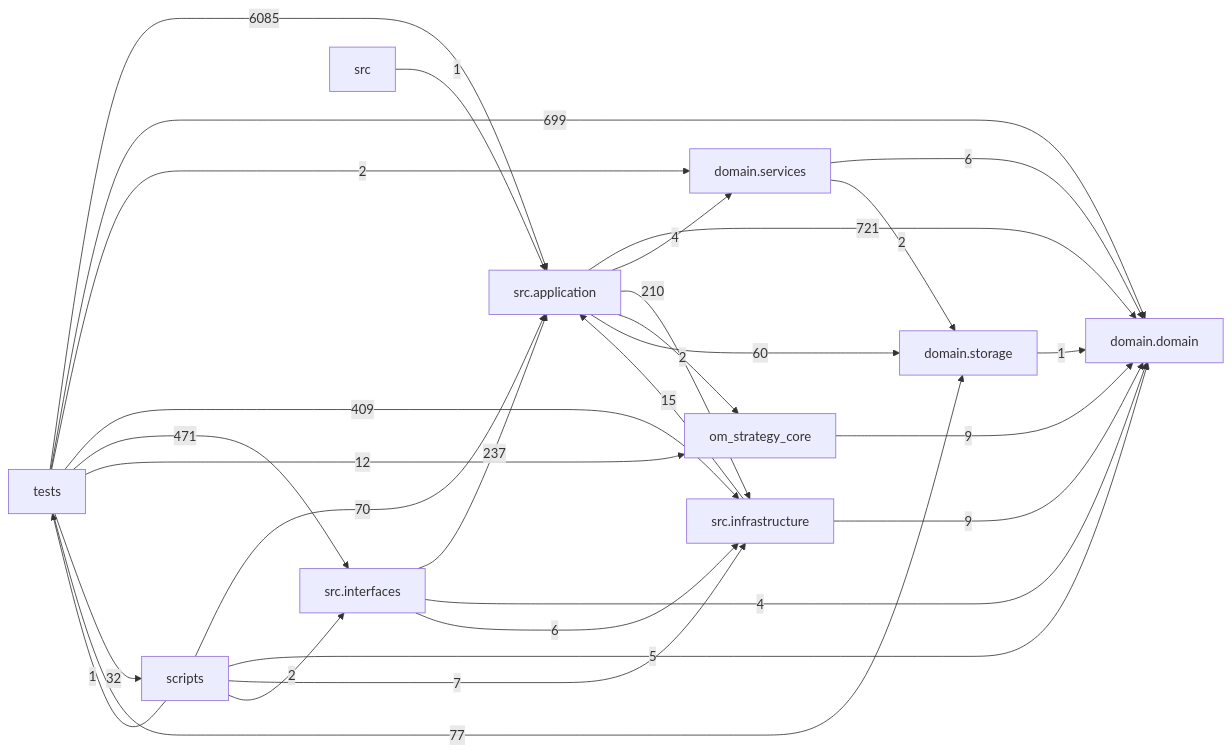
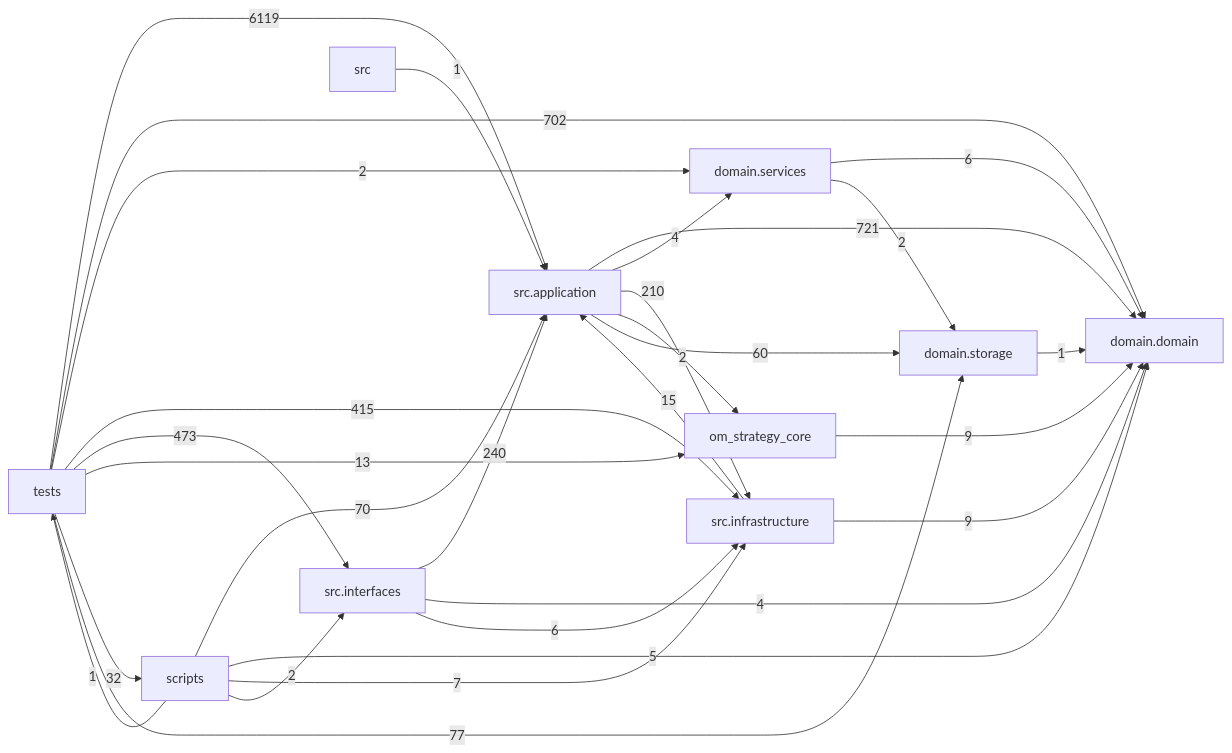
One commit to liuxie066/options-monitor changed the diagram in docs/DEPENDENCY_GRAPH.md. Above: the diagram before and after it, drawn with Mermaid. The commit also changed other lines of this file and 34 other files, not shown here.

````diff
--- a/docs/DEPENDENCY_GRAPH.md
+++ b/docs/DEPENDENCY_GRAPH.md
@@ -24,39 +24,39 @@
 ```mermaid
 flowchart LR
   tests["tests"]
   scripts["scripts"]
   interfaces["src.interfaces"]
   application["src.application"]
   infrastructure["src.infrastructure"]
   domain_services["domain.services"]
   domain["domain.domain"]
   storage["domain.storage"]
   application -->|721| domain
   application -->|4| domain_services
   application -->|210| infrastructure
   application -->|2| om_strategy_core
   application -->|60| storage
   domain_services -->|6| domain
   domain_services -->|2| storage
   infrastructure -->|15| application
   infrastructure -->|9| domain
-  interfaces -->|237| application
+  interfaces -->|240| application
   interfaces -->|4| domain
   interfaces -->|6| infrastructure
   om_strategy_core -->|9| domain
   scripts -->|70| application
   scripts -->|5| domain
   scripts -->|7| infrastructure
   scripts -->|2| interfaces
   scripts -->|1| tests
   src -->|1| application
   storage -->|1| domain
-  tests -->|6085| application
-  tests -->|699| domain
+  tests -->|6119| application
+  tests -->|702| domain
   tests -->|2| domain_services
-  tests -->|409| infrastructure
-  tests -->|471| interfaces
-  tests -->|12| om_strategy_core
+  tests -->|415| infrastructure
+  tests -->|473| interfaces
+  tests -->|13| om_strategy_core
   tests -->|32| scripts
   tests -->|77| storage
 ```
````
